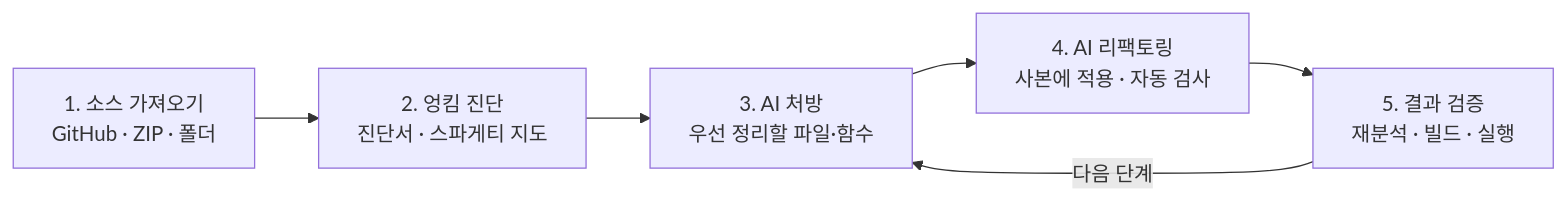
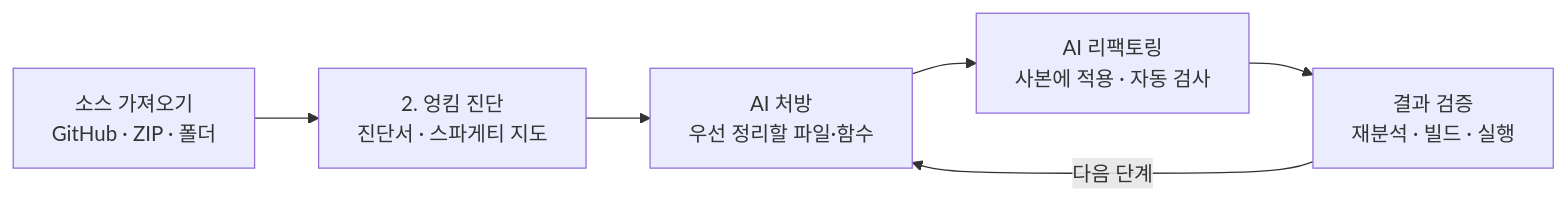
One commit to user313439/game-code-spaghetti-analyzer changed the diagram in README.md. Above: the diagram before and after it, drawn with Mermaid.

Commit message:
docs: drop list-like numbering from the README flowchart labels

````diff
--- a/README.md
+++ b/README.md
@@ -23,8 +23,8 @@
 ```mermaid
 flowchart LR
-    A["1. 소스 가져오기<br/>GitHub · ZIP · 폴더"] --> B["2. 엉킴 진단<br/>진단서 · 스파게티 지도"]
-    B --> C["3. AI 처방<br/>우선 정리할 파일·함수"]
-    C --> D["4. AI 리팩토링<br/>사본에 적용 · 자동 검사"]
-    D --> E["5. 결과 검증<br/>재분석 · 빌드 · 실행"]
+    A["소스 가져오기<br/>GitHub · ZIP · 폴더"] --> B["2. 엉킴 진단<br/>진단서 · 스파게티 지도"]
+    B --> C["AI 처방<br/>우선 정리할 파일·함수"]
+    C --> D["AI 리팩토링<br/>사본에 적용 · 자동 검사"]
+    D --> E["결과 검증<br/>재분석 · 빌드 · 실행"]
     E -- 다음 단계 --> C
 ```
````
